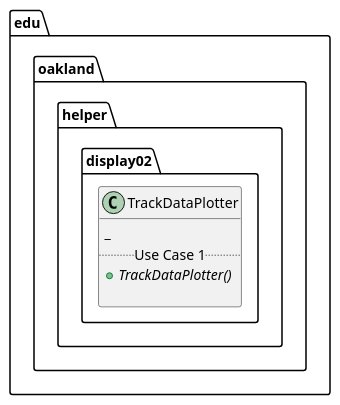
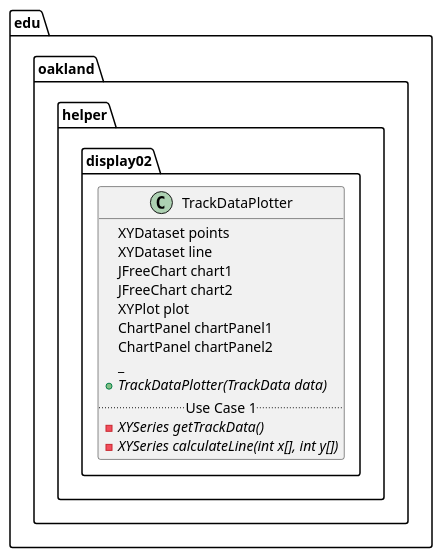
The diagram in docs/uml-class-diagrams/display02/helper/TrackDataPlotter/TrackDataPlotter.puml (andrewdimmer/csi-3370-software-project), drawn with PlantUML before and after one commit.

```diff
--- a/docs/uml-class-diagrams/display02/helper/TrackDataPlotter/TrackDataPlotter.puml
+++ b/docs/uml-class-diagrams/display02/helper/TrackDataPlotter/TrackDataPlotter.puml
@@ -1,12 +1,20 @@
 @startuml TrackDataPlotter
 
 package edu.oakland.helper.display02 {
     class TrackDataPlotter {
+    XYDataset points
+    XYDataset line
+    JFreeChart chart1
+    JFreeChart chart2
+    XYPlot plot
+    ChartPanel chartPanel1
+    ChartPanel chartPanel2
     _
+    {abstract} + TrackDataPlotter(TrackData data)
     .. Use Case 1 ..
-    {abstract} + TrackDataPlotter()   
-    
+    {abstract} - XYSeries getTrackData()
+    {abstract} - XYSeries calculateLine(int x[], int y[])
     }
 }
 
 @enduml
```
